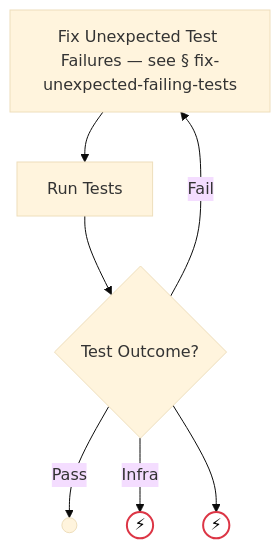
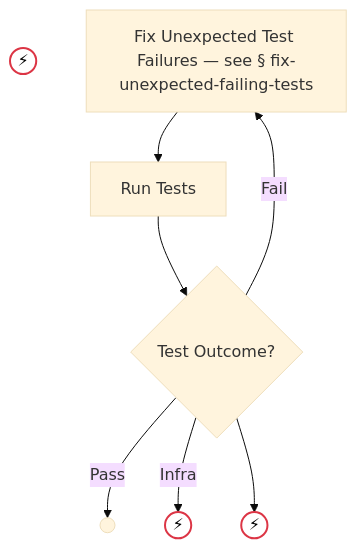
Before and after one commit to optivem/gh-optivem: diagram 23 of 52 in docs/process-diagram.md, drawn with Mermaid (base theme). The commit also changed other lines of this file and 2 other files, not shown here.

Commit message:
atdd: regenerate process-flow diagram

````diff
--- a/docs/process-diagram.md
+++ b/docs/process-diagram.md
@@ -449,19 +449,20 @@
 ```mermaid
 flowchart TD
+    FIX_LOOP_EXHAUSTED((⚡))
     FIX_UNEXPECTED_FAILING_TESTS[Fix Unexpected Test Failures — see § fix-unexpected-failing-tests]
     GATE_TESTS_OUTCOME{Test Outcome?}
     RUN_TESTS[Run Tests]
     TESTS_INFRA_HALT((⚡))
     UNKNOWN_TESTS_OUTCOME((⚡))
     VERIFY_PASS_END(( ))
 
     RUN_TESTS --> GATE_TESTS_OUTCOME
     GATE_TESTS_OUTCOME -- Pass --> VERIFY_PASS_END
     GATE_TESTS_OUTCOME -- Fail --> FIX_UNEXPECTED_FAILING_TESTS
     GATE_TESTS_OUTCOME -- Infra --> TESTS_INFRA_HALT
     GATE_TESTS_OUTCOME --> UNKNOWN_TESTS_OUTCOME
     FIX_UNEXPECTED_FAILING_TESTS --> RUN_TESTS
 
     classDef errorEndNode fill:#ffffff,stroke:#dc3545,stroke-width:2px,color:#000000
-    class TESTS_INFRA_HALT,UNKNOWN_TESTS_OUTCOME errorEndNode
+    class FIX_LOOP_EXHAUSTED,TESTS_INFRA_HALT,UNKNOWN_TESTS_OUTCOME errorEndNode
 ```
````
